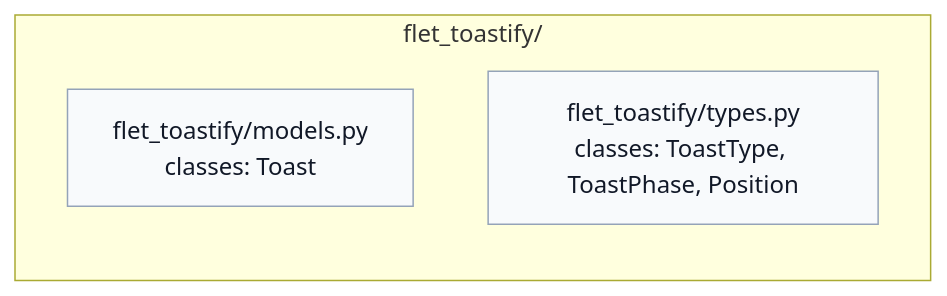
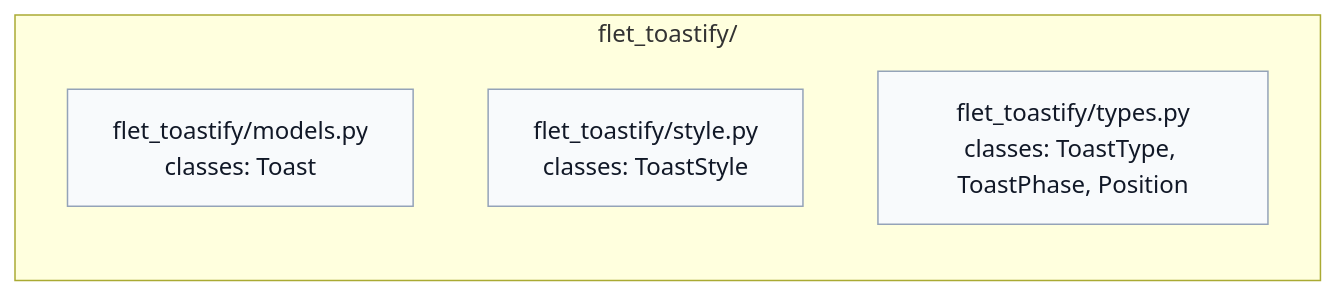
One commit to brunobrown/flet-toastify changed the diagram in docs/assets/diagrams/generated/hierarchy.mmd. Above: the diagram before and after it, drawn with Mermaid. The commit also changed 12 other files, not shown here.

```diff
--- a/docs/assets/diagrams/generated/hierarchy.mmd
+++ b/docs/assets/diagrams/generated/hierarchy.mmd
@@ -1,9 +1,10 @@
 flowchart TD
   %% flet-toastify generated architecture diagrams: module hierarchy
   subgraph node_1["flet_toastify/"]
     direction TD
     node_2["flet_toastify/models.py<br/>classes: Toast"]:::module
-    node_3["flet_toastify/types.py<br/>classes: ToastType, ToastPhase, Position"]:::module
+    node_3["flet_toastify/style.py<br/>classes: ToastStyle"]:::module
+    node_4["flet_toastify/types.py<br/>classes: ToastType, ToastPhase, Position"]:::module
   end
 
   classDef module fill:#f8fafc,stroke:#94a3b8,color:#111827
```
